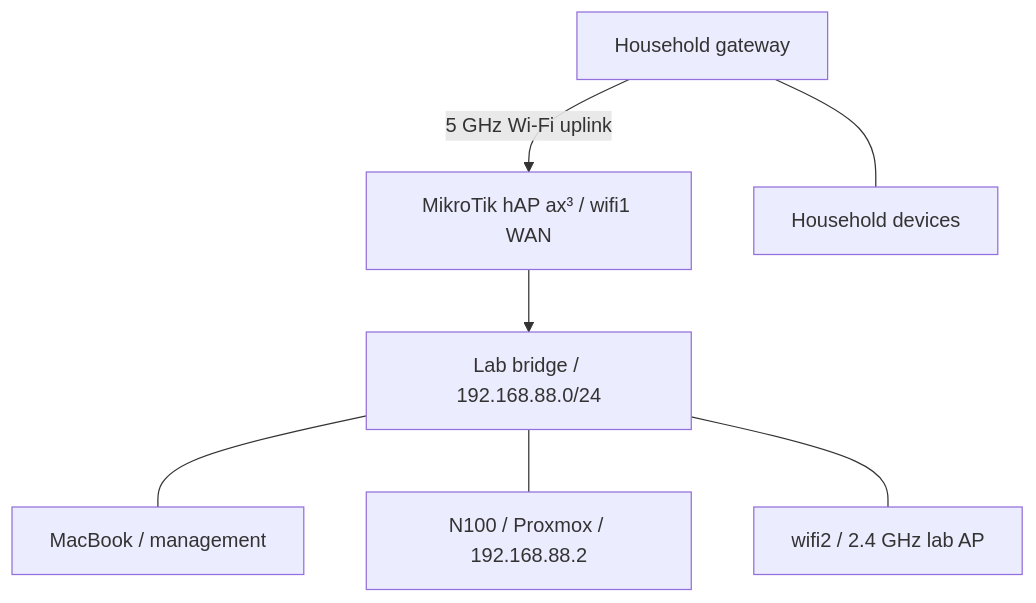
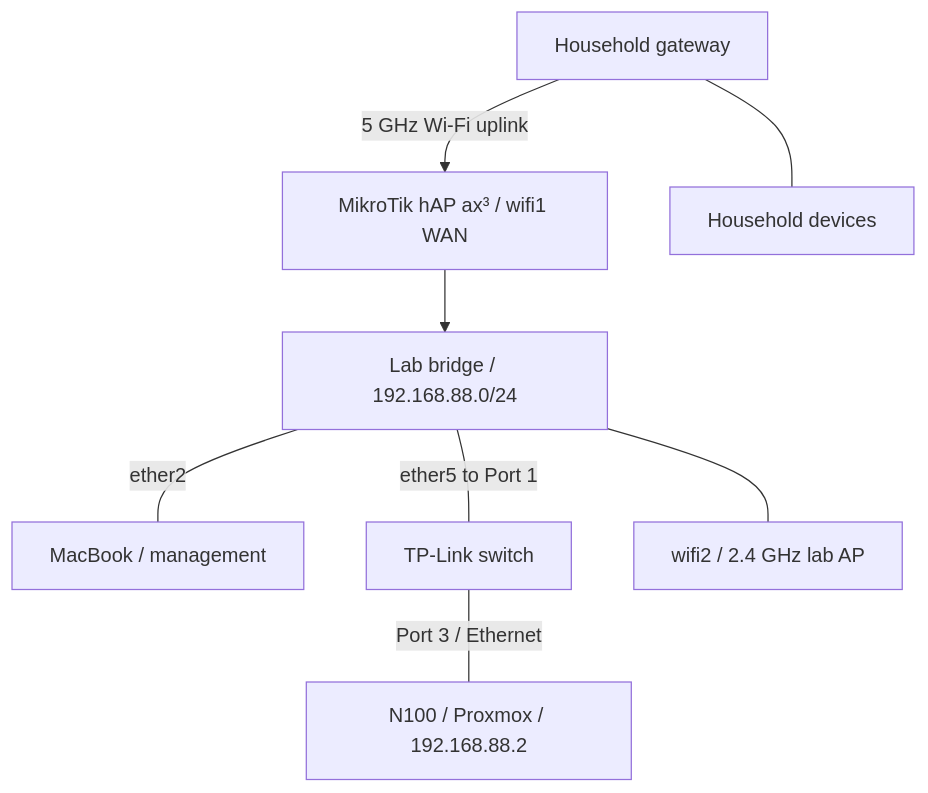
Before and after one commit to sivanhorsun/HomeLab: the diagram in README.md, drawn with Mermaid. The commit also changed other lines of this file, not shown here.

````diff
--- a/README.md
+++ b/README.md
@@ -35,9 +37,10 @@
 ```mermaid
 flowchart TD
     HOME["Household gateway"] -->|"5 GHz Wi-Fi uplink"| ROUTER["MikroTik hAP ax³ / wifi1 WAN"]
     HOME --- HOUSE["Household devices"]
     ROUTER --> LAN["Lab bridge / 192.168.88.0/24"]
-    LAN --- MAC["MacBook / management"]
-    LAN --- PVE["N100 / Proxmox / 192.168.88.2"]
+    LAN ---|"ether2"| MAC["MacBook / management"]
+    LAN ---|"ether5 to Port 1"| SW["TP-Link switch"]
+    SW ---|"Port 3 / Ethernet"| PVE["N100 / Proxmox / 192.168.88.2"]
     LAN --- AP["wifi2 / 2.4 GHz lab AP"]
 ```
````
